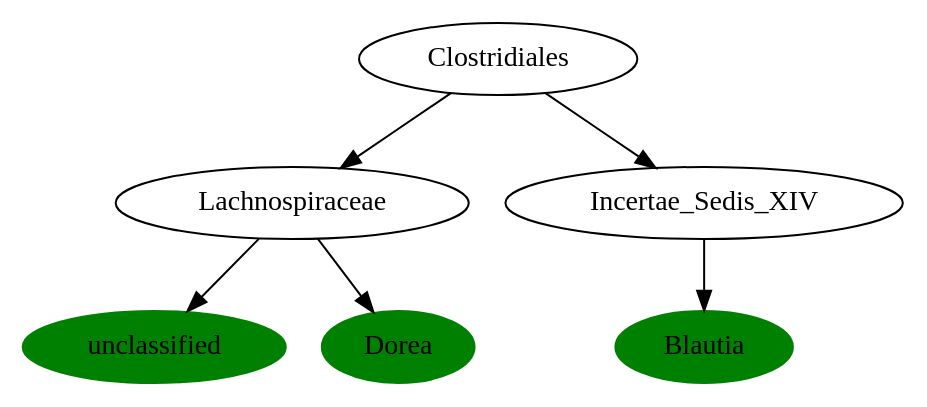
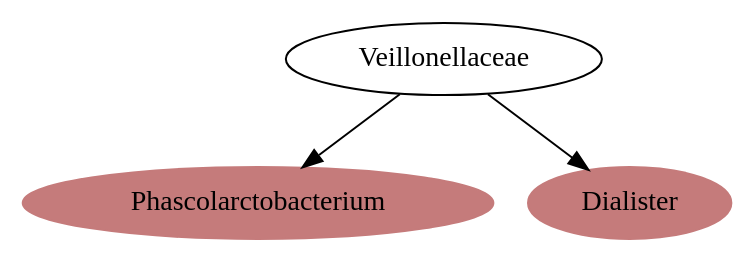
Before and after one commit to AndersHqst/thesis: the diagram in experiments/tmp/phylogenetic-tree/dotfiles/7.dot, drawn with Graphviz. The commit also changed 228 other files, not shown here.

Commit message:
Updated graph coloring scripts. Co-exclusions are now indicated by edge label font coloring, and phylographer will also show u<1 patterns in red only

```diff
--- a/experiments/tmp/phylogenetic-tree/dotfiles/7.dot
+++ b/experiments/tmp/phylogenetic-tree/dotfiles/7.dot
@@ -1,21 +1,11 @@
 digraph G { 
-	Lachnospiraceaeunclassified [label="unclassified", color="green", style=filled];
-	ClostridialesLachnospiraceae [label="Lachnospiraceae"];
-	Lachnospiraceaeunclassified [label="unclassified"];
-	ClostridialesLachnospiraceae -> Lachnospiraceaeunclassified;
-	ClostridiaClostridiales [label="Clostridiales"];
-	ClostridialesLachnospiraceae [label="Lachnospiraceae"];
-	ClostridiaClostridiales -> ClostridialesLachnospiraceae;
-	LachnospiraceaeDorea [label="Dorea", color="green", style=filled];
-	ClostridialesLachnospiraceae [label="Lachnospiraceae"];
-	LachnospiraceaeDorea [label="Dorea"];
-	ClostridialesLachnospiraceae -> LachnospiraceaeDorea;
-	Incertae_Sedis_XIVBlautia [label="Blautia", color="green", style=filled];
-	ClostridialesIncertae_Sedis_XIV [label="Incertae_Sedis_XIV"];
-	Incertae_Sedis_XIVBlautia [label="Blautia"];
-	ClostridialesIncertae_Sedis_XIV -> Incertae_Sedis_XIVBlautia;
-	ClostridiaClostridiales [label="Clostridiales"];
-	ClostridialesIncertae_Sedis_XIV [label="Incertae_Sedis_XIV"];
-	ClostridiaClostridiales -> ClostridialesIncertae_Sedis_XIV;
+	VeillonellaceaePhascolarctobacterium [label="Phascolarctobacterium", color="#C57B7B", style=filled];
+	ClostridialesVeillonellaceae [label="Veillonellaceae"];
+	VeillonellaceaePhascolarctobacterium [label="Phascolarctobacterium"];
+	ClostridialesVeillonellaceae -> VeillonellaceaePhascolarctobacterium;
+	VeillonellaceaeDialister [label="Dialister", color="#C57B7B", style=filled];
+	ClostridialesVeillonellaceae [label="Veillonellaceae"];
+	VeillonellaceaeDialister [label="Dialister"];
+	ClostridialesVeillonellaceae -> VeillonellaceaeDialister;
 
  }
```
